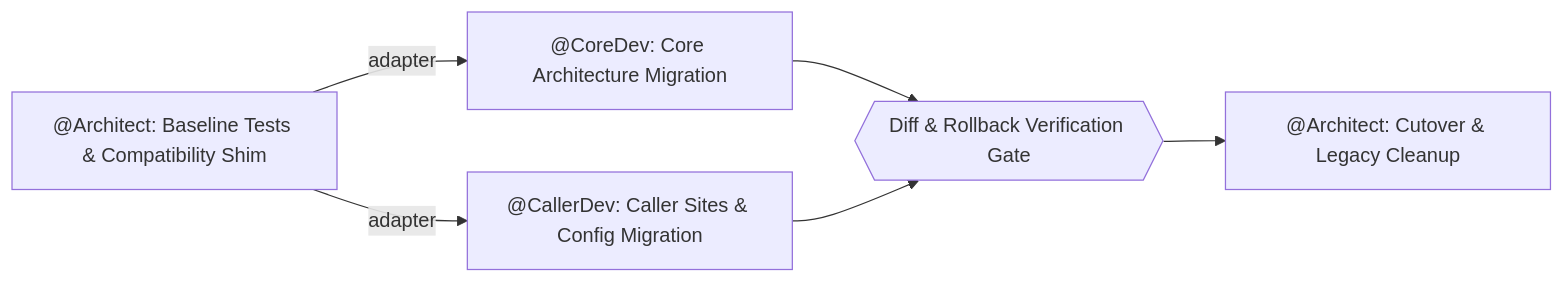
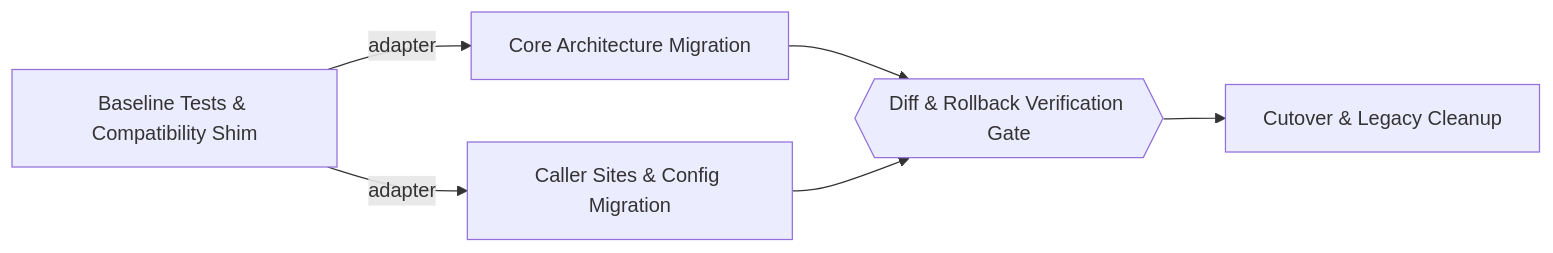
The first of 2 diagrams in examples/blueprints/safe-migration.md (Daijunfan/Aexus-Code), drawn with Mermaid before and after one commit. The commit also changed other lines of this file and 184 other files, not shown here.

````diff
--- a/examples/blueprints/safe-migration.md
+++ b/examples/blueprints/safe-migration.md
@@ -5,8 +7,12 @@
 ```mermaid
 flowchart LR
-  N1["@Architect: Baseline Tests & Compatibility Shim"] -->|adapter| N2["@CoreDev: Core Architecture Migration"]
-  N1 -->|adapter| N3["@CallerDev: Caller Sites & Config Migration"]
-  N2 --> U1{{"Diff & Rollback Verification Gate"}}
-  N3 --> U1
-  U1 --> N4["@Architect: Cutover & Legacy Cleanup"]
+  T1["Baseline Tests & Compatibility Shim"] -->|adapter| T2["Core Architecture Migration"]
+  T1 -->|adapter| T3["Caller Sites & Config Migration"]
+  T2 --> U1{{"Diff & Rollback Verification Gate"}}
+  T3 --> U1
+  U1 --> T4["Cutover & Legacy Cleanup"]
+  %% task T1 [owner=Architect, min_tier=1, dept=Executive]
+  %% task T2 [owner=CoreDev, min_tier=2, dept=Platform]
+  %% task T3 [owner=CallerDev, min_tier=2, dept=Application]
+  %% task T4 [owner=Architect, min_tier=1, dept=Executive]
 ```
````
